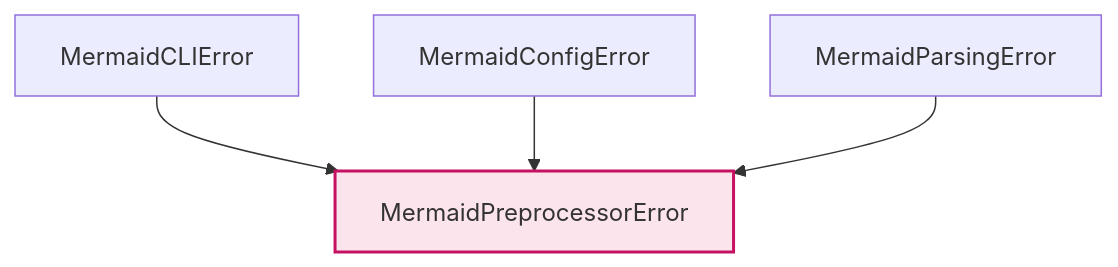
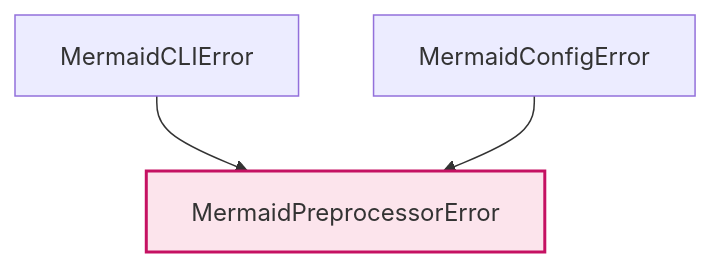
The seventh of 7 diagrams in docs/architecture.md (nuitsjp/mkdocs-mermaid-to-svg), drawn with Mermaid before and after one commit. The commit also changed other lines of this file, not shown here.

````diff
--- a/docs/architecture.md
+++ b/docs/architecture.md
@@ -311,9 +402,8 @@
 ```mermaid
 graph TD
     A[MermaidPreprocessorError]
     B[MermaidCLIError] --> A
     C[MermaidConfigError] --> A
-    D[MermaidParsingError] --> A
 
     style A fill:#fce4ec,stroke:#c51162,stroke-width:2px
 ```
````
